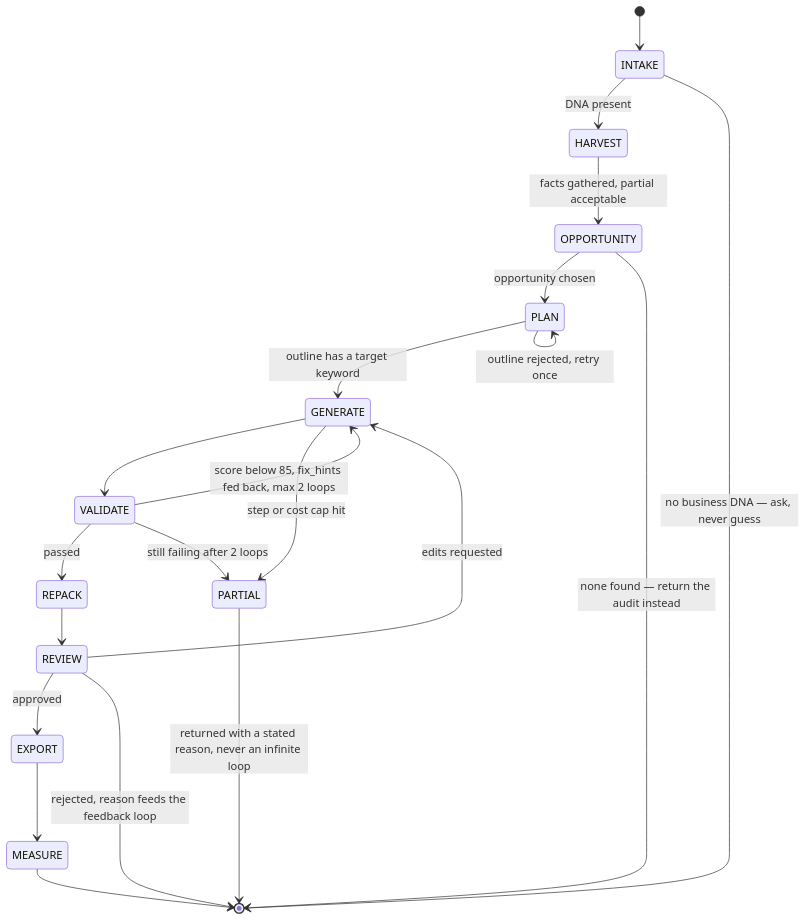
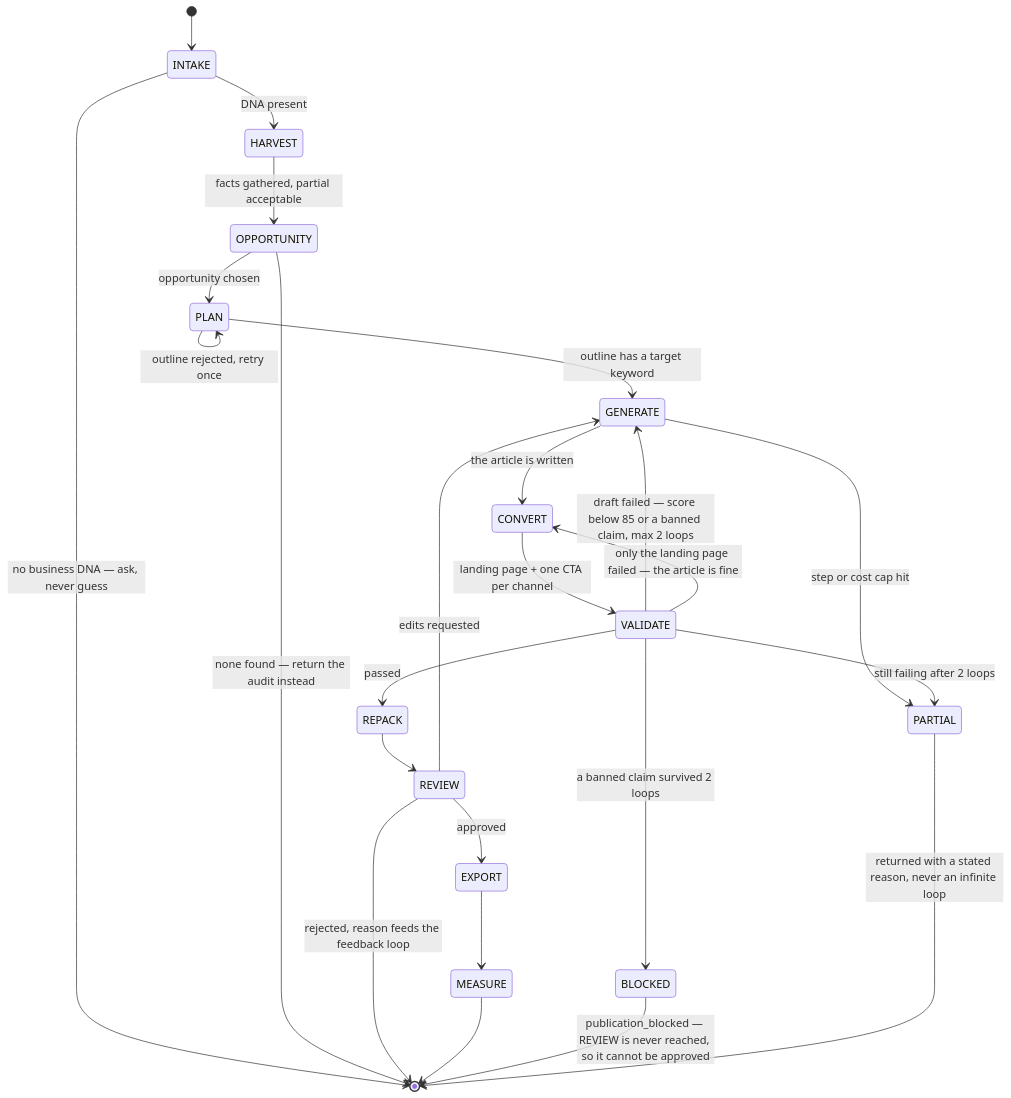
The fourth of 14 diagrams in docs/DIAGRAMS.md (zwebapps/socio-seo-agent), drawn with Mermaid before and after one commit. The commit also changed 55 other files, not shown here.

First line of the commit message:
feat(convert): landing pages + CTAs, and stop reporting an outage as a judgement

````diff
--- a/docs/DIAGRAMS.md
+++ b/docs/DIAGRAMS.md
@@ -147,33 +147,37 @@
 ```mermaid
 stateDiagram-v2
     [*] --> INTAKE
 
     INTAKE --> HARVEST: DNA present
     INTAKE --> [*]: no business DNA — ask, never guess
 
     HARVEST --> OPPORTUNITY: facts gathered, partial acceptable
 
     OPPORTUNITY --> PLAN: opportunity chosen
     OPPORTUNITY --> [*]: none found — return the audit instead
 
     PLAN --> GENERATE: outline has a target keyword
     PLAN --> PLAN: outline rejected, retry once
 
-    GENERATE --> VALIDATE
+    GENERATE --> CONVERT: the article is written
+    CONVERT --> VALIDATE: landing page + one CTA per channel
 
-    VALIDATE --> GENERATE: score below 85, fix_hints fed back, max 2 loops
+    VALIDATE --> GENERATE: draft failed — score below 85 or a banned claim, max 2 loops
+    VALIDATE --> CONVERT: only the landing page failed — the article is fine
     VALIDATE --> REPACK: passed
 
     REPACK --> REVIEW
 
     REVIEW --> EXPORT: approved
     REVIEW --> GENERATE: edits requested
     REVIEW --> [*]: rejected, reason feeds the feedback loop
 
     EXPORT --> MEASURE
     MEASURE --> [*]
 
     GENERATE --> PARTIAL: step or cost cap hit
     VALIDATE --> PARTIAL: still failing after 2 loops
+    VALIDATE --> BLOCKED: a banned claim survived 2 loops
+    BLOCKED --> [*]: publication_blocked — REVIEW is never reached, so it cannot be approved
     PARTIAL --> [*]: returned with a stated reason, never an infinite loop
 ```
````
